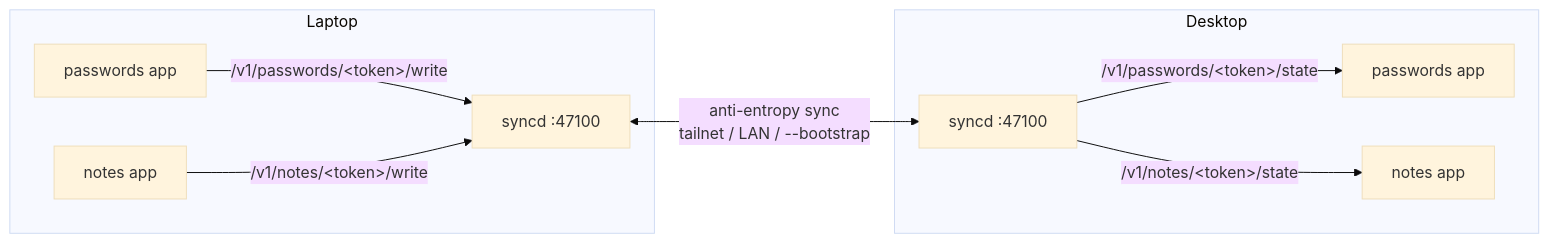
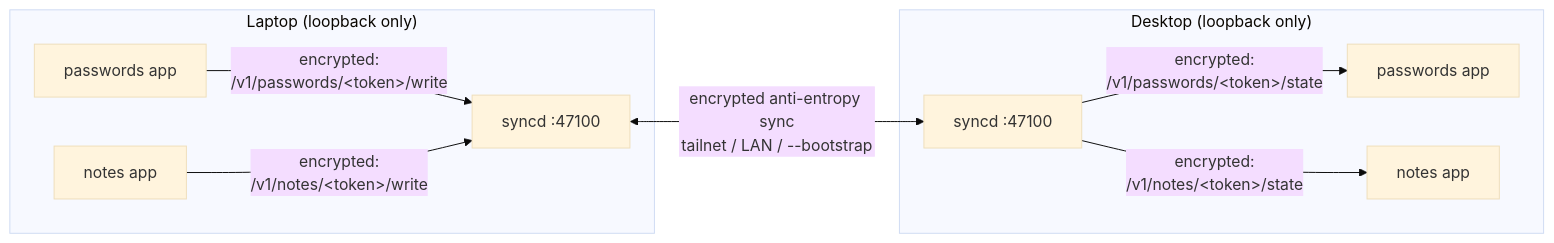
Before and after one commit to antoniopicone/serverless-sync: the diagram in README.md, drawn with Mermaid (base theme). The commit also changed other lines of this file and 11 other files, not shown here.

````diff
--- a/README.md
+++ b/README.md
@@ -9,15 +9,15 @@
 ```mermaid
 flowchart LR
-    subgraph Laptop["Laptop"]
-        LP["passwords app"] -->|"/v1/passwords/&lt;token&gt;/write"| LSD["syncd :47100"]
-        LN["notes app"] -->|"/v1/notes/&lt;token&gt;/write"| LSD
+    subgraph Laptop["Laptop (loopback only)"]
+        LP["passwords app"] -->|"encrypted:<br/>/v1/passwords/&lt;token&gt;/write"| LSD["syncd :47100"]
+        LN["notes app"] -->|"encrypted:<br/>/v1/notes/&lt;token&gt;/write"| LSD
     end
-    subgraph Desktop["Desktop"]
+    subgraph Desktop["Desktop (loopback only)"]
         DSD["syncd :47100"]
         DP["passwords app"]
         DN["notes app"]
-        DSD -->|"/v1/passwords/&lt;token&gt;/state"| DP
-        DSD -->|"/v1/notes/&lt;token&gt;/state"| DN
+        DSD -->|"encrypted:<br/>/v1/passwords/&lt;token&gt;/state"| DP
+        DSD -->|"encrypted:<br/>/v1/notes/&lt;token&gt;/state"| DN
     end
-    LSD <-->|"anti-entropy sync<br/>tailnet / LAN / --bootstrap"| DSD
+    LSD <-->|"encrypted anti-entropy sync<br/>tailnet / LAN / --bootstrap"| DSD
 ```
````
